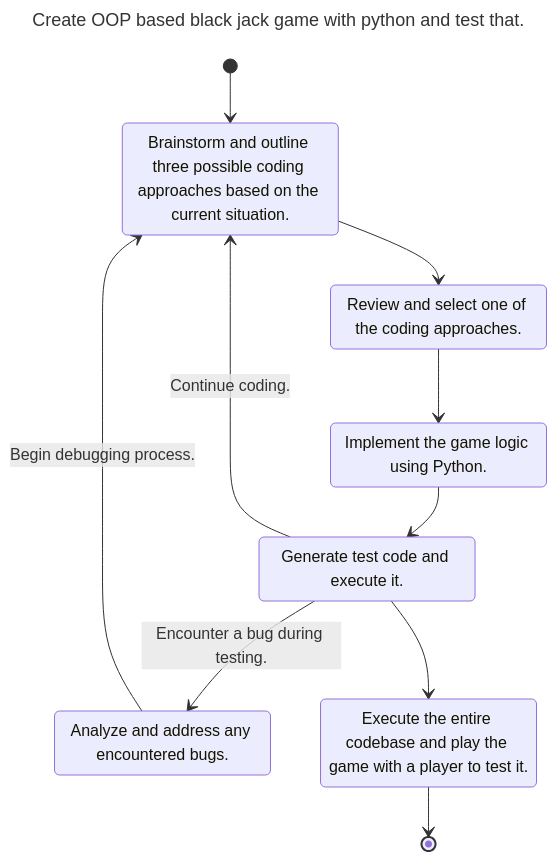
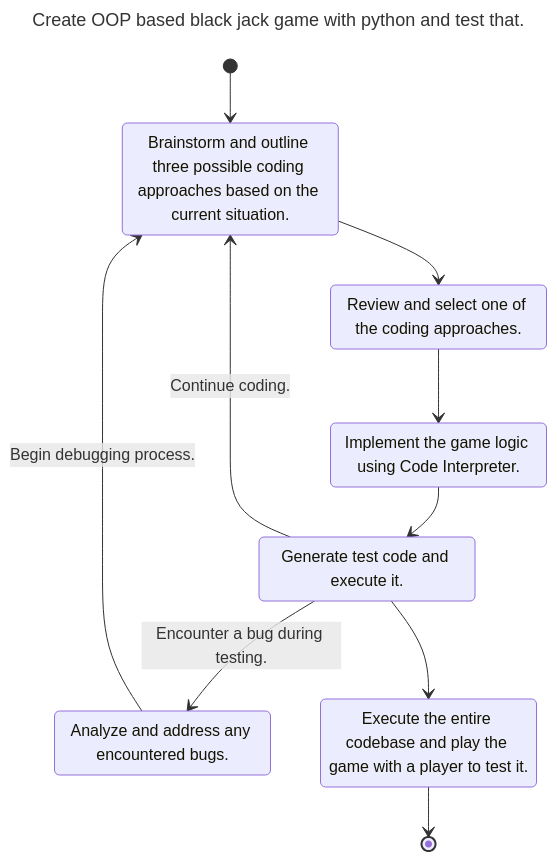
The fifth of 5 diagrams in README.md (fladdict/llmermaid), drawn with Mermaid before and after one commit. The commit also changed other lines of this file, not shown here.

````diff
--- a/README.md
+++ b/README.md
@@ -162,22 +161,22 @@
 ```mermaid
 ---
 title: Create OOP based black jack game with python and test that.
 ---
 stateDiagram-v2
 [*] --> A
 A --> B
 B --> C
 C --> D
 D --> A: Continue coding.
 D --> E: Encounter a bug during testing.
 E --> A: Begin debugging process.
 D --> F
 F --> [*]
 
 A: Brainstorm and outline three possible coding approaches based on the current situation.
 B: Review and select one of the coding approaches.
-C: Implement the game logic using Python.
+C: Implement the game logic using Code Interpreter.
 D: Generate test code and execute it.
 E: Analyze and address any encountered bugs.
 F: Execute the entire codebase and play the game with a player to test it.
 ```
````
